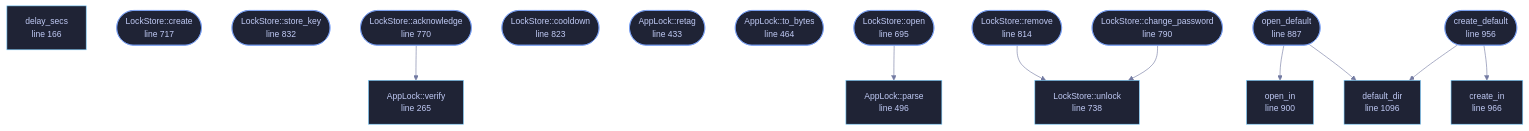
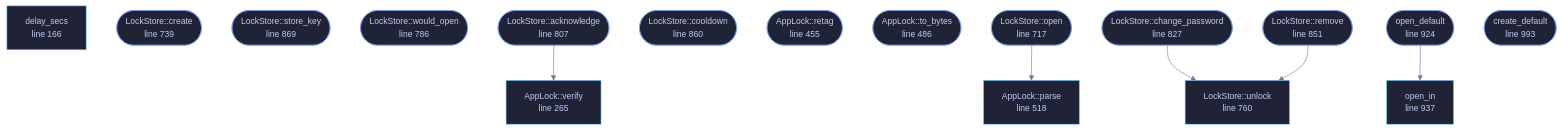
One commit to tilas01/veilvoice changed the diagram in docs/files/veilvoice-crypto/lock.md. Above: the diagram before and after it, drawn with Mermaid. The commit also changed other lines of this file and 34 other files, not shown here.

````diff
--- a/docs/files/veilvoice-crypto/lock.md
+++ b/docs/files/veilvoice-crypto/lock.md
@@ -207,60 +212,57 @@
 ```mermaid
 %%{init: {"theme":"base","themeVariables":{"background":"#1a1b26","primaryColor":"#1f2335","primaryTextColor":"#c0caf5","primaryBorderColor":"#7aa2f7","secondaryColor":"#16161e","tertiaryColor":"#16161e","lineColor":"#737aa2","textColor":"#c0caf5","mainBkg":"#1f2335","nodeBorder":"#7aa2f7","clusterBkg":"#16161e","clusterBorder":"#2f3549","fontFamily":"ui-monospace, SFMono-Regular, Consolas, monospace","fontSize":"14px"}}}%%
 flowchart TD
     n_delay_secs["delay_secs<br/>line 166"]
     n_create(["AppLock::create<br/>line 223"])
     n_store_key(["AppLock::store_key<br/>line 255"])
     n_verify["AppLock::verify<br/>line 265"]
-    n_acknowledge(["AppLock::acknowledge<br/>line 332"])
-    n_cooldown(["AppLock::cooldown<br/>line 370"])
-    n_retag(["AppLock::retag<br/>line 433"])
-    n_to_bytes(["AppLock::to_bytes<br/>line 464"])
-    n_parse["AppLock::parse<br/>line 496"]
-    n_open(["LockStore::open<br/>line 695"])
-    n_create(["LockStore::create<br/>line 717"])
-    n_unlock["LockStore::unlock<br/>line 738"]
-    n_acknowledge(["LockStore::acknowledge<br/>line 770"])
-    n_change_password(["LockStore::change_password<br/>line 790"])
-    n_remove(["LockStore::remove<br/>line 814"])
-    n_cooldown(["LockStore::cooldown<br/>line 823"])
-    n_store_key(["LockStore::store_key<br/>line 832"])
-    n_open_default(["open_default<br/>line 887"])
-    n_open_in["open_in<br/>line 900"]
-    n_create_default(["create_default<br/>line 956"])
-    n_create_in["create_in<br/>line 966"]
-    n_default_dir["default_dir<br/>line 1096"]
+    n_would_open(["AppLock::would_open<br/>line 319"])
+    n_acknowledge(["AppLock::acknowledge<br/>line 354"])
+    n_cooldown(["AppLock::cooldown<br/>line 392"])
+    n_retag(["AppLock::retag<br/>line 455"])
+    n_to_bytes(["AppLock::to_bytes<br/>line 486"])
+    n_parse["AppLock::parse<br/>line 518"]
+    n_open(["LockStore::open<br/>line 717"])
+    n_create(["LockStore::create<br/>line 739"])
+    n_unlock["LockStore::unlock<br/>line 760"]
+    n_would_open(["LockStore::would_open<br/>line 786"])
+    n_acknowledge(["LockStore::acknowledge<br/>line 807"])
+    n_change_password(["LockStore::change_password<br/>line 827"])
+    n_remove(["LockStore::remove<br/>line 851"])
+    n_cooldown(["LockStore::cooldown<br/>line 860"])
+    n_store_key(["LockStore::store_key<br/>line 869"])
+    n_open_default(["open_default<br/>line 924"])
+    n_open_in["open_in<br/>line 937"]
+    n_create_default(["create_default<br/>line 993"])
     n_acknowledge --> n_verify
     n_change_password --> n_unlock
-    n_create_default --> n_create_in
-    n_create_default --> n_default_dir
     n_open --> n_parse
-    n_open_default --> n_default_dir
     n_open_default --> n_open_in
     n_remove --> n_unlock
     click n_delay_secs href "https://github.com/tilas01/veilvoice/blob/main/crates/veilvoice-crypto/src/lock.rs#L166" "open the source"
     click n_create href "https://github.com/tilas01/veilvoice/blob/main/crates/veilvoice-crypto/src/lock.rs#L223" "open the source"
     click n_store_key href "https://github.com/tilas01/veilvoice/blob/main/crates/veilvoice-crypto/src/lock.rs#L255" "open the source"
     click n_verify href "https://github.com/tilas01/veilvoice/blob/main/crates/veilvoice-crypto/src/lock.rs#L265" "open the source"
-    click n_acknowledge href "https://github.com/tilas01/veilvoice/blob/main/crates/veilvoice-crypto/src/lock.rs#L332" "open the source"
-    click n_cooldown href "https://github.com/tilas01/veilvoice/blob/main/crates/veilvoice-crypto/src/lock.rs#L370" "open the source"
-    click n_retag href "https://github.com/tilas01/veilvoice/blob/main/crates/veilvoice-crypto/src/lock.rs#L433" "open the source"
-    click n_to_bytes href "https://github.com/tilas01/veilvoice/blob/main/crates/veilvoice-crypto/src/lock.rs#L464" "open the source"
-    click n_parse href "https://github.com/tilas01/veilvoice/blob/main/crates/veilvoice-crypto/src/lock.rs#L496" "open the source"
-    click n_open href "https://github.com/tilas01/veilvoice/blob/main/crates/veilvoice-crypto/src/lock.rs#L695" "open the source"
-    click n_create href "https://github.com/tilas01/veilvoice/blob/main/crates/veilvoice-crypto/src/lock.rs#L717" "open the source"
-    click n_unlock href "https://github.com/tilas01/veilvoice/blob/main/crates/veilvoice-crypto/src/lock.rs#L738" "open the source"
-    click n_acknowledge href "https://github.com/tilas01/veilvoice/blob/main/crates/veilvoice-crypto/src/lock.rs#L770" "open the source"
-    click n_change_password href "https://github.com/tilas01/veilvoice/blob/main/crates/veilvoice-crypto/src/lock.rs#L790" "open the source"
-    click n_remove href "https://github.com/tilas01/veilvoice/blob/main/crates/veilvoice-crypto/src/lock.rs#L814" "open the source"
-    click n_cooldown href "https://github.com/tilas01/veilvoice/blob/main/crates/veilvoice-crypto/src/lock.rs#L823" "open the source"
-    click n_store_key href "https://github.com/tilas01/veilvoice/blob/main/crates/veilvoice-crypto/src/lock.rs#L832" "open the source"
-    click n_open_default href "https://github.com/tilas01/veilvoice/blob/main/crates/veilvoice-crypto/src/lock.rs#L887" "open the source"
-    click n_open_in href "https://github.com/tilas01/veilvoice/blob/main/crates/veilvoice-crypto/src/lock.rs#L900" "open the source"
-    click n_create_default href "https://github.com/tilas01/veilvoice/blob/main/crates/veilvoice-crypto/src/lock.rs#L956" "open the source"
-    click n_create_in href "https://github.com/tilas01/veilvoice/blob/main/crates/veilvoice-crypto/src/lock.rs#L966" "open the source"
-    click n_default_dir href "https://github.com/tilas01/veilvoice/blob/main/crates/veilvoice-crypto/src/lock.rs#L1096" "open the source"
+    click n_would_open href "https://github.com/tilas01/veilvoice/blob/main/crates/veilvoice-crypto/src/lock.rs#L319" "open the source"
+    click n_acknowledge href "https://github.com/tilas01/veilvoice/blob/main/crates/veilvoice-crypto/src/lock.rs#L354" "open the source"
+    click n_cooldown href "https://github.com/tilas01/veilvoice/blob/main/crates/veilvoice-crypto/src/lock.rs#L392" "open the source"
+    click n_retag href "https://github.com/tilas01/veilvoice/blob/main/crates/veilvoice-crypto/src/lock.rs#L455" "open the source"
+    click n_to_bytes href "https://github.com/tilas01/veilvoice/blob/main/crates/veilvoice-crypto/src/lock.rs#L486" "open the source"
+    click n_parse href "https://github.com/tilas01/veilvoice/blob/main/crates/veilvoice-crypto/src/lock.rs#L518" "open the source"
+    click n_open href "https://github.com/tilas01/veilvoice/blob/main/crates/veilvoice-crypto/src/lock.rs#L717" "open the source"
+    click n_create href "https://github.com/tilas01/veilvoice/blob/main/crates/veilvoice-crypto/src/lock.rs#L739" "open the source"
+    click n_unlock href "https://github.com/tilas01/veilvoice/blob/main/crates/veilvoice-crypto/src/lock.rs#L760" "open the source"
+    click n_would_open href "https://github.com/tilas01/veilvoice/blob/main/crates/veilvoice-crypto/src/lock.rs#L786" "open the source"
+    click n_acknowledge href "https://github.com/tilas01/veilvoice/blob/main/crates/veilvoice-crypto/src/lock.rs#L807" "open the source"
+    click n_change_password href "https://github.com/tilas01/veilvoice/blob/main/crates/veilvoice-crypto/src/lock.rs#L827" "open the source"
+    click n_remove href "https://github.com/tilas01/veilvoice/blob/main/crates/veilvoice-crypto/src/lock.rs#L851" "open the source"
+    click n_cooldown href "https://github.com/tilas01/veilvoice/blob/main/crates/veilvoice-crypto/src/lock.rs#L860" "open the source"
+    click n_store_key href "https://github.com/tilas01/veilvoice/blob/main/crates/veilvoice-crypto/src/lock.rs#L869" "open the source"
+    click n_open_default href "https://github.com/tilas01/veilvoice/blob/main/crates/veilvoice-crypto/src/lock.rs#L924" "open the source"
+    click n_open_in href "https://github.com/tilas01/veilvoice/blob/main/crates/veilvoice-crypto/src/lock.rs#L937" "open the source"
+    click n_create_default href "https://github.com/tilas01/veilvoice/blob/main/crates/veilvoice-crypto/src/lock.rs#L993" "open the source"
     classDef entry fill:#1f2335,stroke:#7aa2f7,color:#c0caf5
-    class n_create,n_store_key,n_acknowledge,n_cooldown,n_retag,n_to_bytes,n_open,n_create,n_acknowledge,n_change_password,n_remove,n_cooldown,n_store_key,n_open_default,n_create_default entry
+    class n_create,n_store_key,n_would_open,n_acknowledge,n_cooldown,n_retag,n_to_bytes,n_open,n_create,n_would_open,n_acknowledge,n_change_password,n_remove,n_cooldown,n_store_key,n_open_default,n_create_default entry
     classDef api fill:#1f2335,stroke:#7dcfff,color:#c0caf5
-    class n_delay_secs,n_verify,n_parse,n_unlock,n_open_in,n_create_in,n_default_dir api
+    class n_delay_secs,n_verify,n_parse,n_unlock,n_open_in api
 ```
````
